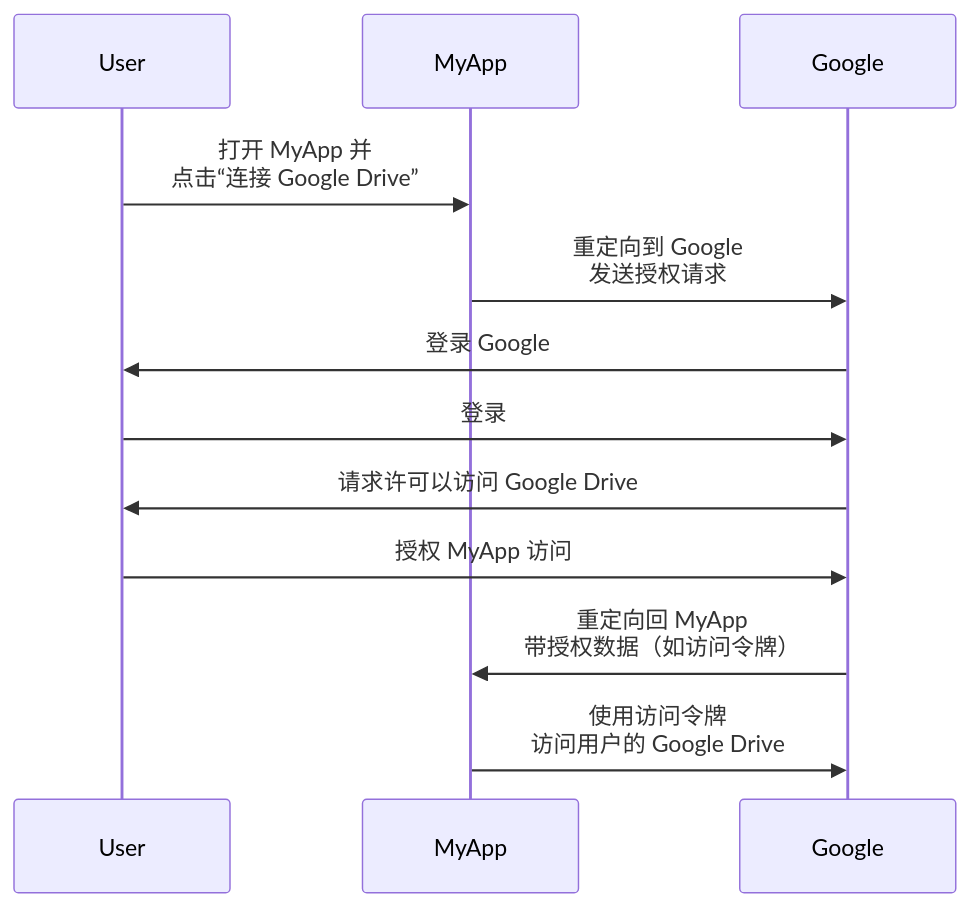
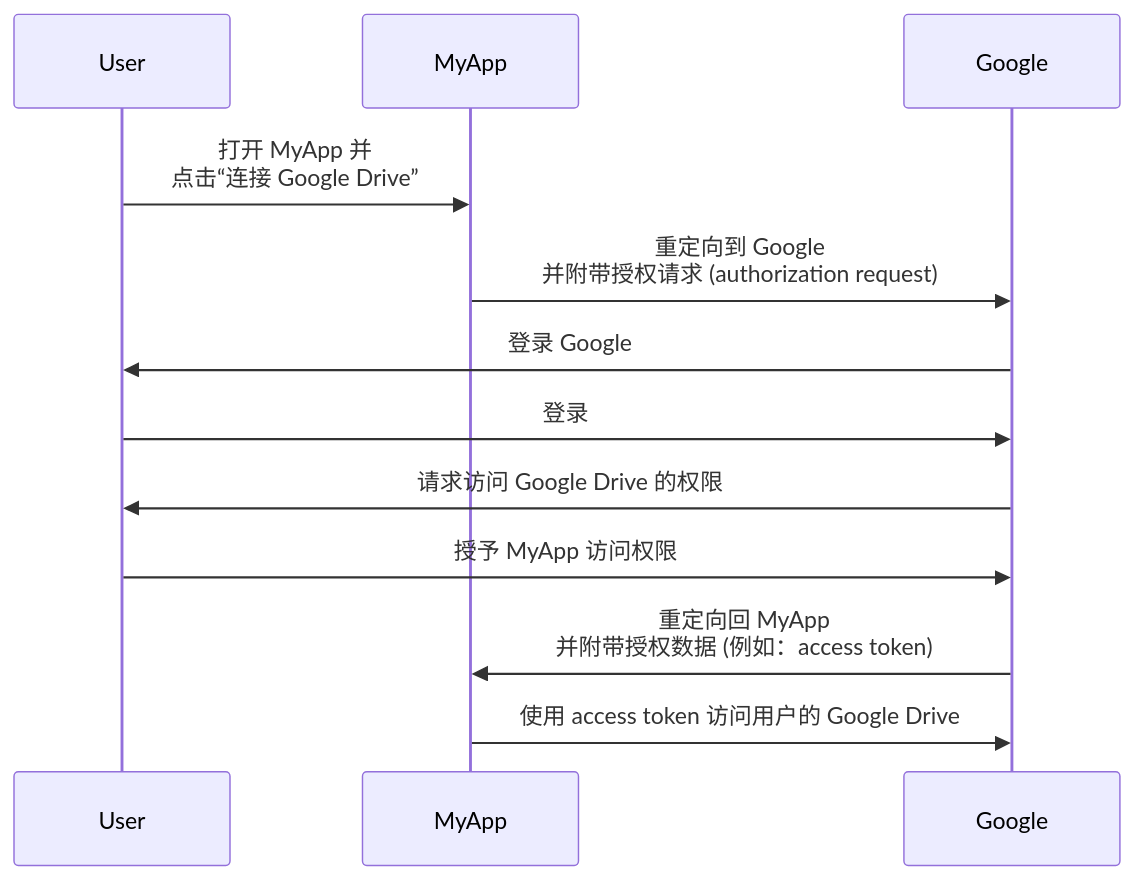
The first of 3 diagrams in src/content/terms/zh/oauth-2.0.mdx (logto-io/auth-wiki), drawn with Mermaid before and after one commit. The commit also changed other lines of this file and 66 other files, not shown here.

````diff
--- a/src/content/terms/zh/oauth-2.0.mdx
+++ b/src/content/terms/zh/oauth-2.0.mdx
@@ -15,15 +14,15 @@
 ```mermaid
 sequenceDiagram
     participant User
     participant MyApp
     participant Google
 
     User->>MyApp: 打开 MyApp 并<br/>点击“连接 Google Drive”
-    MyApp->>Google: 重定向到 Google<br/>发送授权请求
+    MyApp->>Google: 重定向到 Google<br/>并附带授权请求 (authorization request)
     Google->>User: 登录 Google
     User->>Google: 登录
-    Google->>User: 请求许可以访问 Google Drive
-    User->>Google: 授权 MyApp 访问
-    Google->>MyApp: 重定向回 MyApp<br/>带授权数据（如访问令牌）
-    MyApp->>Google: 使用访问令牌<br/>访问用户的 Google Drive
+    Google->>User: 请求访问 Google Drive 的权限
+    User->>Google: 授予 MyApp 访问权限
+    Google->>MyApp: 重定向回 MyApp<br/>并附带授权数据 (例如：access token)
+    MyApp->>Google: 使用 access token 访问用户的 Google Drive
 ```
````
